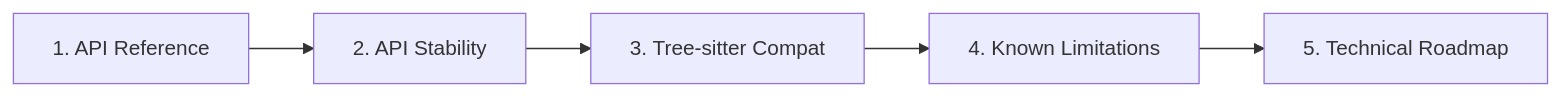
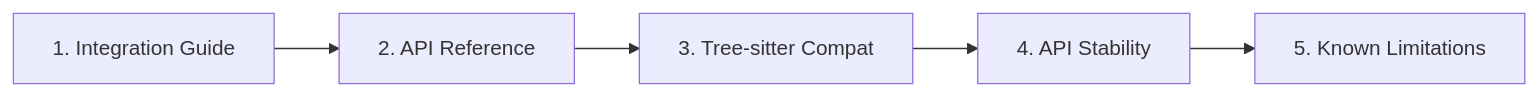
The sixth of 6 diagrams in docs/NAVIGATION.md (EffortlessMetrics/adze), drawn with Mermaid before and after one commit. The commit also changed other lines of this file and 5 other files, not shown here.

````diff
--- a/docs/NAVIGATION.md
+++ b/docs/NAVIGATION.md
@@ -210,7 +247,7 @@
 ```mermaid
 flowchart LR
-    A[1. API Reference] --> B[2. API Stability]
+    A[1. Integration Guide] --> B[2. API Reference]
     B --> C[3. Tree-sitter Compat]
-    C --> D[4. Known Limitations]
-    D --> E[5. Technical Roadmap]
+    C --> D[4. API Stability]
+    D --> E[5. Known Limitations]
 ```
````
